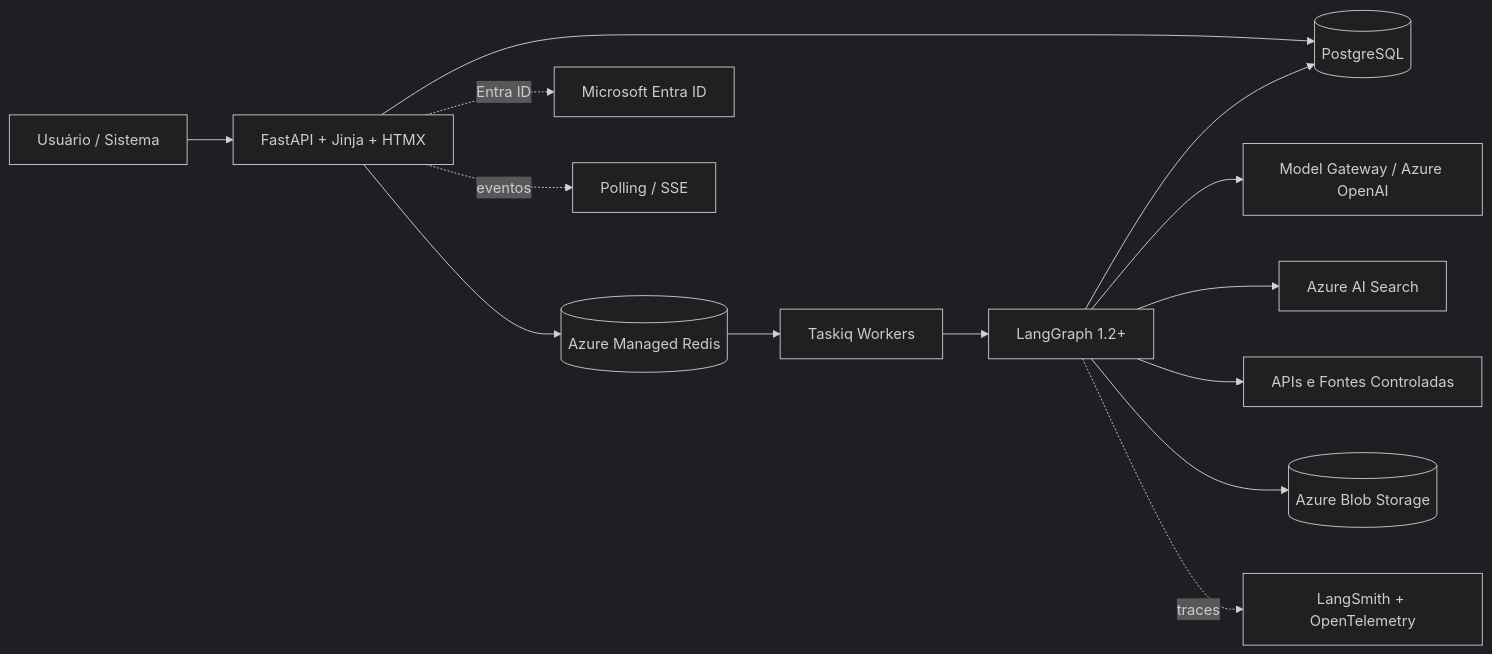
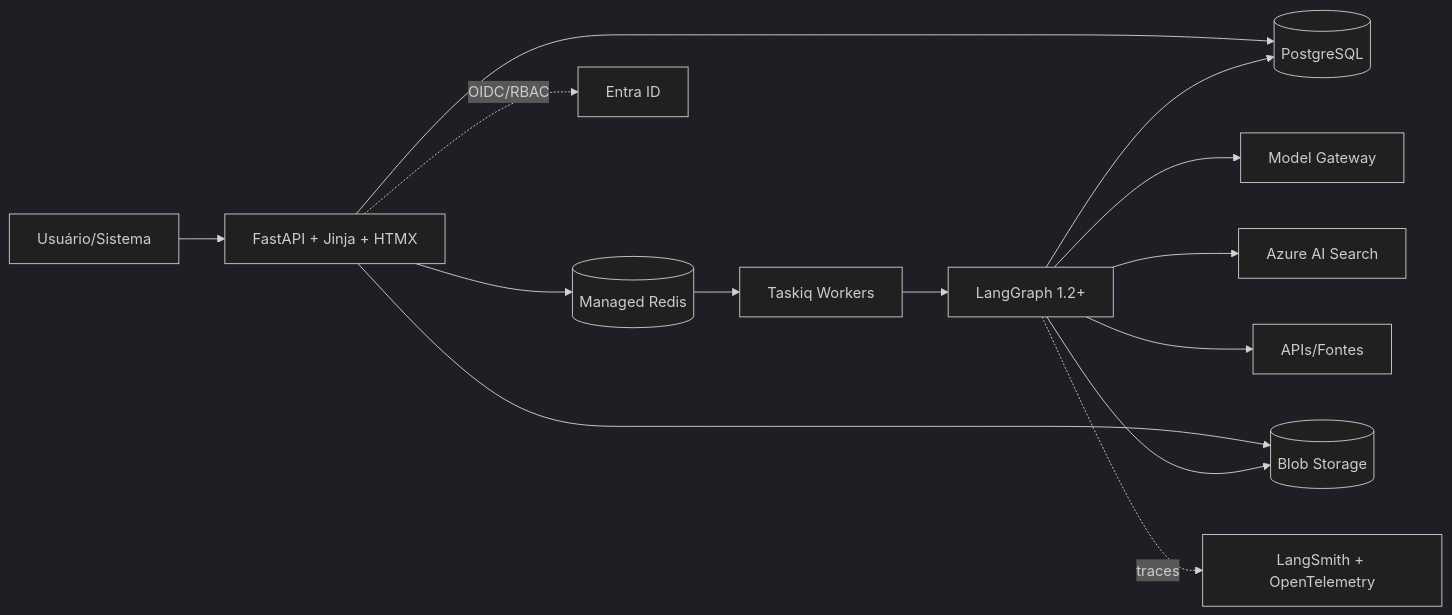
Before and after one commit to campos-labs/project-hub: the first of 3 diagrams in docs/rfcs/006-contract-analyser-enterprise/DESIGN.md, drawn with Mermaid (dark theme). The commit also changed other lines of this file, not shown here.

````diff
--- a/docs/rfcs/006-contract-analyser-enterprise/DESIGN.md
+++ b/docs/rfcs/006-contract-analyser-enterprise/DESIGN.md
@@ -50,16 +36,8 @@
 ```mermaid
 flowchart LR
-    U[Usuário / Sistema] --> WEB[FastAPI + Jinja + HTMX]
-    WEB --> PG[(PostgreSQL)]
-    WEB --> Q[(Azure Managed Redis)]
-    Q --> W[Taskiq Workers]
-    W --> LG[LangGraph 1.2+]
-    LG --> AOAI[Model Gateway / Azure OpenAI]
-    LG --> SEARCH[Azure AI Search]
-    LG --> EXT[APIs e Fontes Controladas]
-    LG --> BLOB[(Azure Blob Storage)]
-    LG --> PG
-    WEB -. Entra ID .-> ID[Microsoft Entra ID]
-    WEB -. eventos .-> UI[Polling / SSE]
-    LG -. traces .-> OBS[LangSmith + OpenTelemetry]
+ U[Usuário/Sistema] --> WEB[FastAPI + Jinja + HTMX]
+ WEB --> PG[(PostgreSQL)] & Q[(Managed Redis)] & B[(Blob Storage)]
+ Q --> W[Taskiq Workers] --> LG[LangGraph 1.2+]
+ LG --> M[Model Gateway] & S[Azure AI Search] & X[APIs/Fontes] & PG & B
+ WEB -. OIDC/RBAC .-> ID[Entra ID]; LG -. traces .-> O[LangSmith + OpenTelemetry]
 ```
````
